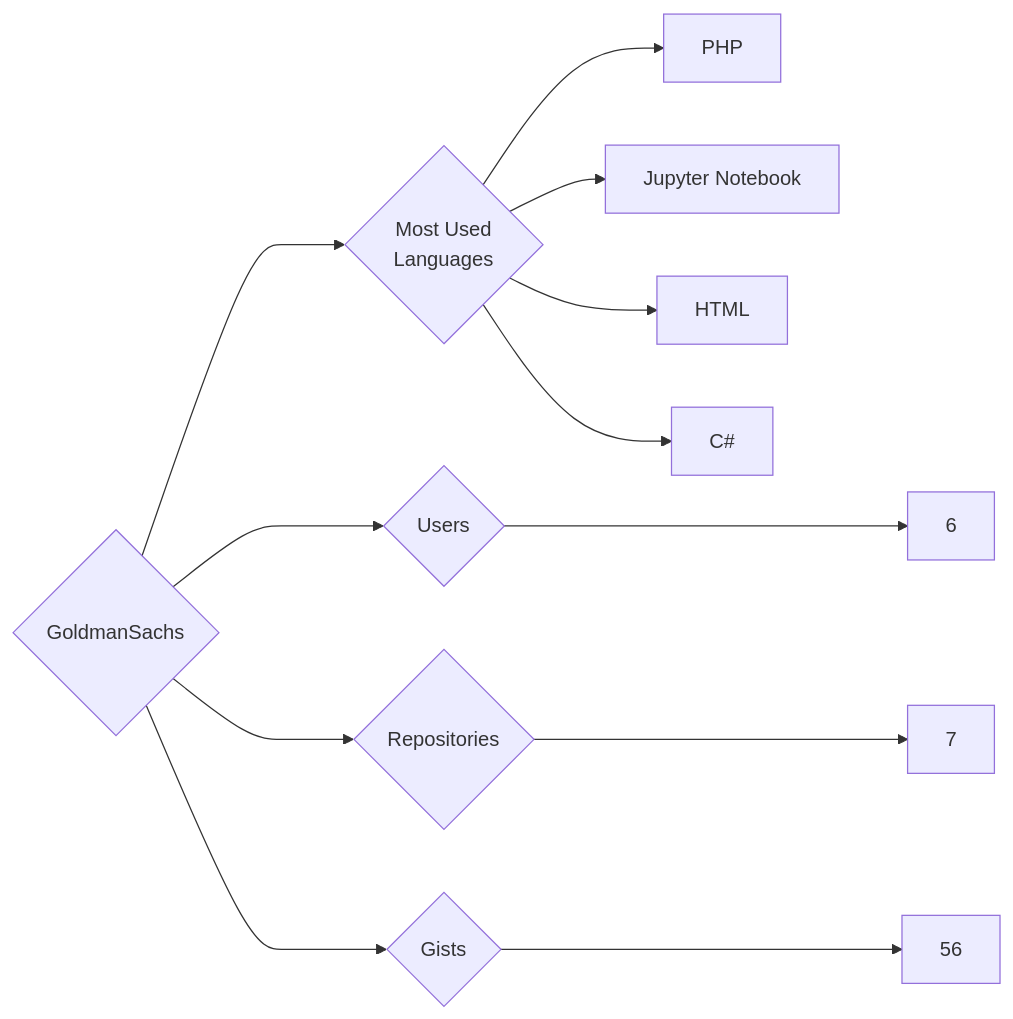
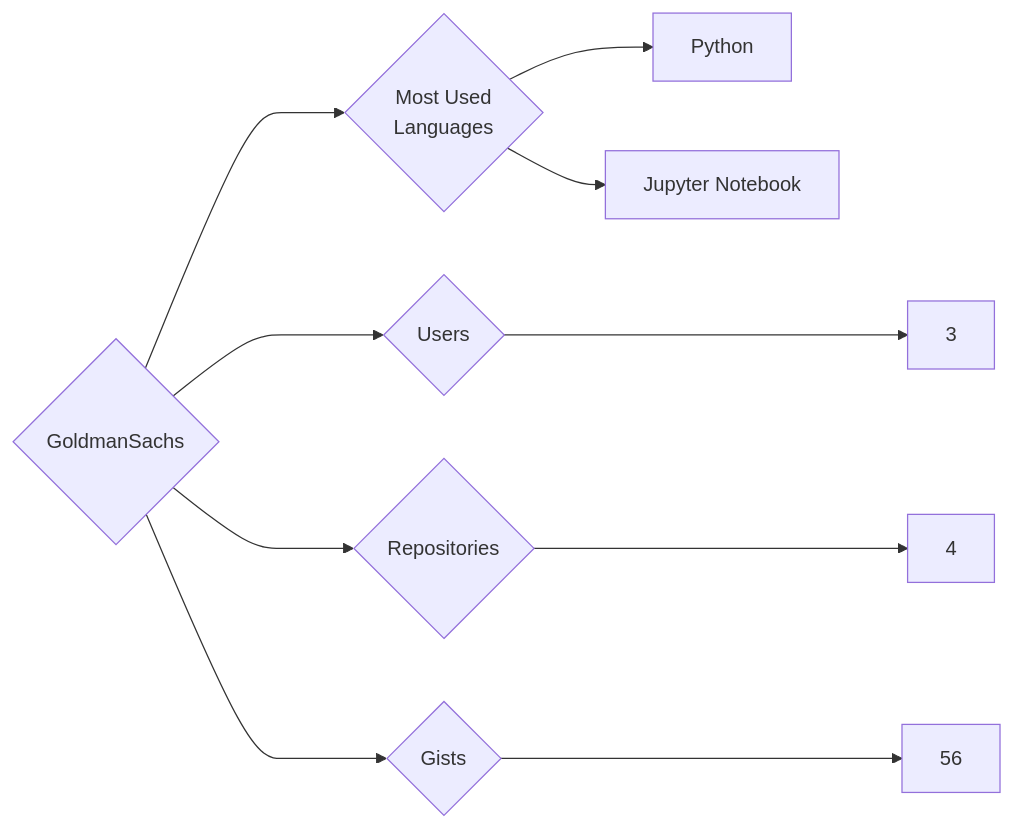
The diagram in targets/GoldmanSachs/README.md (trickest/insiders), drawn with Mermaid before and after one commit. The commit also changed 1141 other files, not shown here.

````diff
--- a/targets/GoldmanSachs/README.md
+++ b/targets/GoldmanSachs/README.md
@@ -3,12 +3,10 @@
 ```mermaid
 graph LR
 COMPANY_NAME{GoldmanSachs}
-COMPANY_NAME ---> U{Users} ---> UN[6]
-COMPANY_NAME ---> R{Repositories} ---> RN[7]
+COMPANY_NAME ---> U{Users} ---> UN[3]
+COMPANY_NAME ---> R{Repositories} ---> RN[4]
 COMPANY_NAME ---> G{Gists} ---> GN[56]
 COMPANY_NAME ---> ML{Most Used<br>Languages}
-ML --> PHP[PHP]
+ML --> Python[Python]
 ML --> Jupyter_Notebook[Jupyter Notebook]
-ML --> HTML[HTML]
-ML --> C#[C#]
 ```
````
